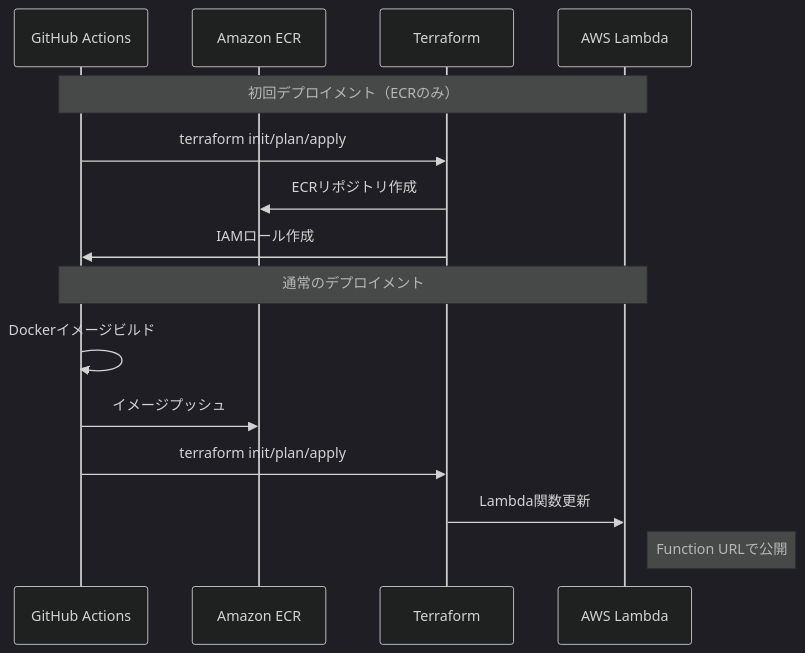
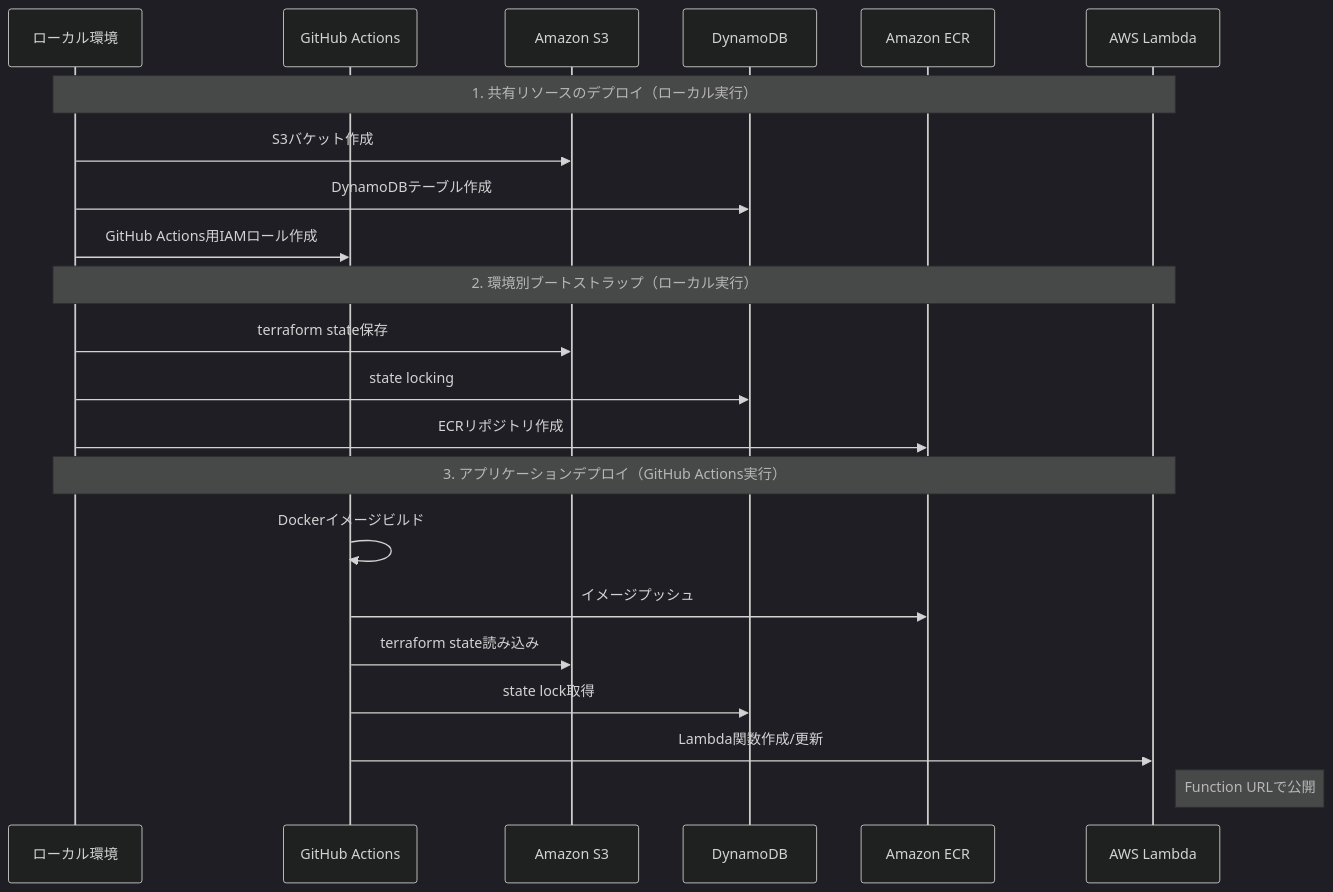
One commit to YoshikiKubotani/resq-test changed the first of 2 diagrams in docs/deployment.md. Above: the diagram before and after it, drawn with Mermaid (dark theme). The commit also changed other lines of this file, not shown here.

````diff
--- a/docs/deployment.md
+++ b/docs/deployment.md
@@ -65,19 +158,27 @@
 ```mermaid
 sequenceDiagram
+    participant Local as ローカル環境
     participant GHA as GitHub Actions
+    participant S3 as Amazon S3
+    participant DDB as DynamoDB
     participant ECR as Amazon ECR
-    participant TF as Terraform
     participant Lambda as AWS Lambda
 
-    Note over GHA,Lambda: 初回デプロイメント（ECRのみ）
-    GHA->>TF: terraform init/plan/apply
-    TF->>ECR: ECRリポジトリ作成
-    TF->>GHA: IAMロール作成
+    Note over Local,Lambda: 1. 共有リソースのデプロイ（ローカル実行）
+    Local->>S3: S3バケット作成
+    Local->>DDB: DynamoDBテーブル作成
+    Local->>GHA: GitHub Actions用IAMロール作成
 
-    Note over GHA,Lambda: 通常のデプロイメント
+    Note over Local,Lambda: 2. 環境別ブートストラップ（ローカル実行）
+    Local->>S3: terraform state保存
+    Local->>DDB: state locking
+    Local->>ECR: ECRリポジトリ作成
+
+    Note over Local,Lambda: 3. アプリケーションデプロイ（GitHub Actions実行）
     GHA->>GHA: Dockerイメージビルド
     GHA->>ECR: イメージプッシュ
-    GHA->>TF: terraform init/plan/apply
-    TF->>Lambda: Lambda関数更新
+    GHA->>S3: terraform state読み込み
+    GHA->>DDB: state lock取得
+    GHA->>Lambda: Lambda関数作成/更新
     Note right of Lambda: Function URLで公開
 ```
````
